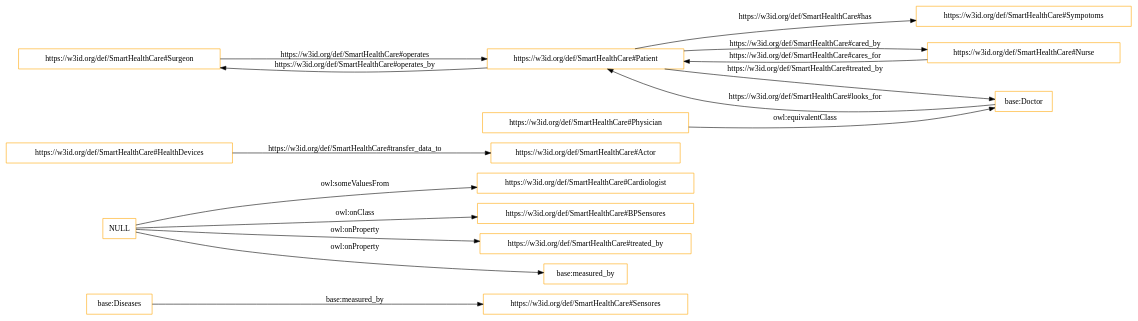
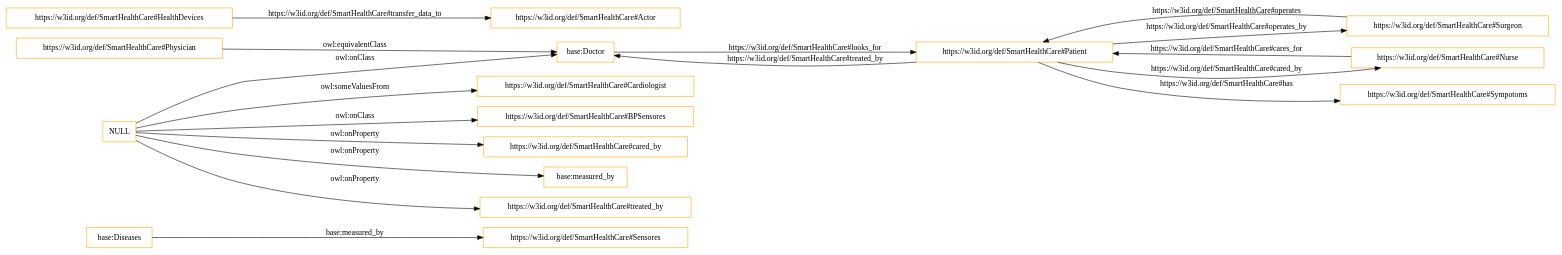
One commit to tiwari2019/myrepo changed the diagram in OnToology/Healthcare.owl/diagrams/ar2dtool-class/Healthcare.owl.png.dot. Above: the diagram before and after it, drawn with Graphviz. The commit also changed 7 other files, not shown here.

```diff
--- a/OnToology/Healthcare.owl/diagrams/ar2dtool-class/Healthcare.owl.png.dot
+++ b/OnToology/Healthcare.owl/diagrams/ar2dtool-class/Healthcare.owl.png.dot
@@ -1,20 +1,22 @@
 digraph ar2dtool_diagram { 
 rankdir=LR;
 size="1501"
 node [shape = rectangle, color="orange"]; "base:Diseases" "https://w3id.org/def/SmartHealthCare#Cardiologist" "https://w3id.org/def/SmartHealthCare#BPSensores" "https://w3id.org/def/SmartHealthCare#HealthDevices" "https://w3id.org/def/SmartHealthCare#Surgeon" "https://w3id.org/def/SmartHealthCare#Physician" "https://w3id.org/def/SmartHealthCare#Nurse" "base:Doctor" "https://w3id.org/def/SmartHealthCare#Sympotoms" "https://w3id.org/def/SmartHealthCare#Sensores" "https://w3id.org/def/SmartHealthCare#Actor" "https://w3id.org/def/SmartHealthCare#Patient" ; /*classes style*/
+	"NULL" -> "https://w3id.org/def/SmartHealthCare#BPSensores" [ label = "owl:onClass" ];
+	"NULL" -> "base:measured_by" [ label = "owl:onProperty" ];
 	"NULL" -> "https://w3id.org/def/SmartHealthCare#Cardiologist" [ label = "owl:someValuesFrom" ];
 	"NULL" -> "https://w3id.org/def/SmartHealthCare#treated_by" [ label = "owl:onProperty" ];
-	"NULL" -> "https://w3id.org/def/SmartHealthCare#BPSensores" [ label = "owl:onClass" ];
-	"NULL" -> "base:measured_by" [ label = "owl:onProperty" ];
+	"NULL" -> "base:Doctor" [ label = "owl:onClass" ];
+	"NULL" -> "https://w3id.org/def/SmartHealthCare#cared_by" [ label = "owl:onProperty" ];
 	"https://w3id.org/def/SmartHealthCare#Physician" -> "base:Doctor" [ label = "owl:equivalentClass" ];
 	"https://w3id.org/def/SmartHealthCare#HealthDevices" -> "https://w3id.org/def/SmartHealthCare#Actor" [ label = "https://w3id.org/def/SmartHealthCare#transfer_data_to" ];
 	"base:Doctor" -> "https://w3id.org/def/SmartHealthCare#Patient" [ label = "https://w3id.org/def/SmartHealthCare#looks_for" ];
 	"https://w3id.org/def/SmartHealthCare#Patient" -> "base:Doctor" [ label = "https://w3id.org/def/SmartHealthCare#treated_by" ];
 	"base:Diseases" -> "https://w3id.org/def/SmartHealthCare#Sensores" [ label = "base:measured_by" ];
 	"https://w3id.org/def/SmartHealthCare#Patient" -> "https://w3id.org/def/SmartHealthCare#Surgeon" [ label = "https://w3id.org/def/SmartHealthCare#operates_by" ];
 	"https://w3id.org/def/SmartHealthCare#Patient" -> "https://w3id.org/def/SmartHealthCare#Sympotoms" [ label = "https://w3id.org/def/SmartHealthCare#has" ];
 	"https://w3id.org/def/SmartHealthCare#Patient" -> "https://w3id.org/def/SmartHealthCare#Nurse" [ label = "https://w3id.org/def/SmartHealthCare#cared_by" ];
 	"https://w3id.org/def/SmartHealthCare#Surgeon" -> "https://w3id.org/def/SmartHealthCare#Patient" [ label = "https://w3id.org/def/SmartHealthCare#operates" ];
 	"https://w3id.org/def/SmartHealthCare#Nurse" -> "https://w3id.org/def/SmartHealthCare#Patient" [ label = "https://w3id.org/def/SmartHealthCare#cares_for" ];
 
 }
```
